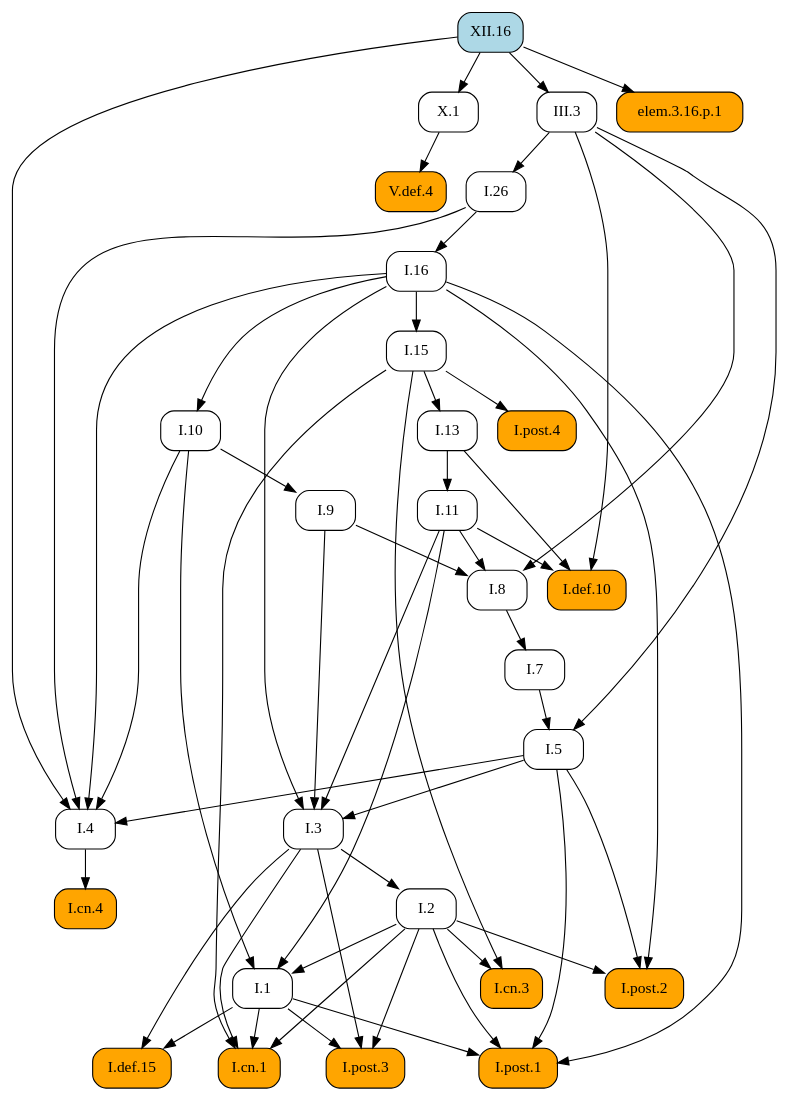
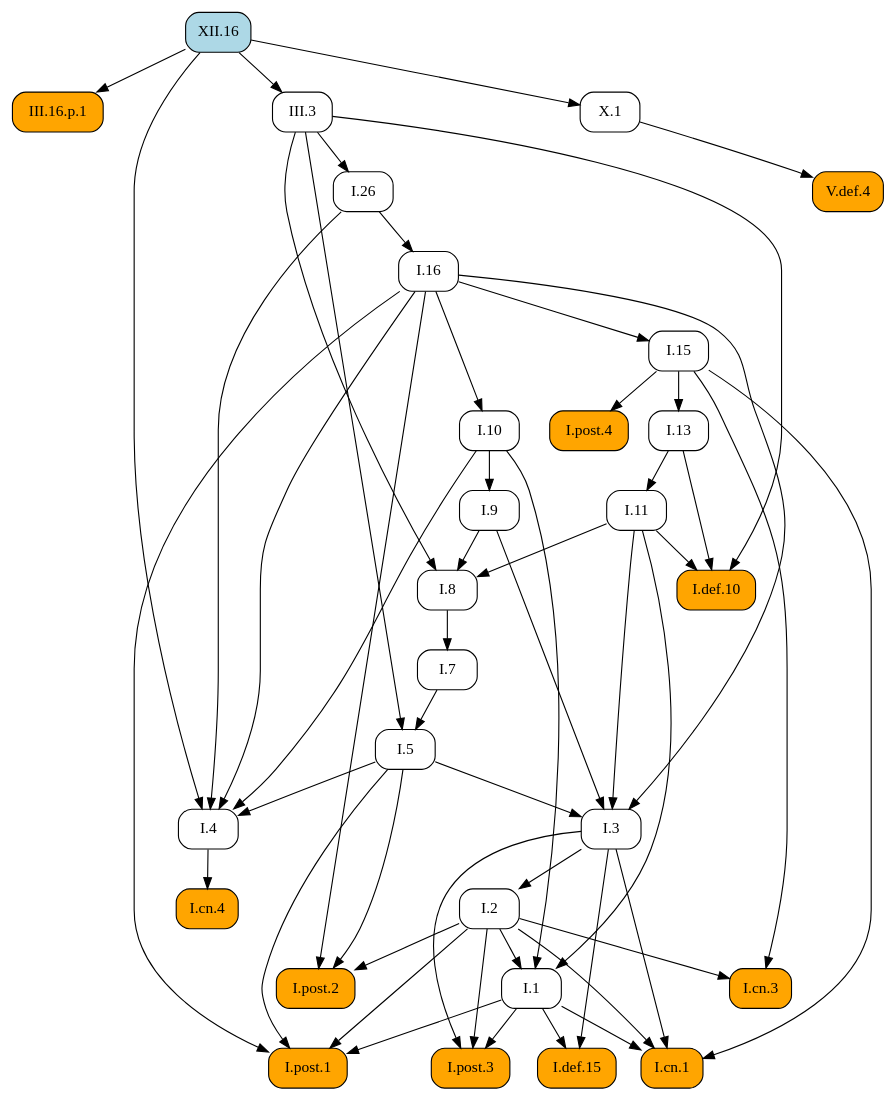
One commit to geometor/elements changed the diagram in docsrc/heath/XII/16/index.rst. Above: the diagram before and after it, drawn with Graphviz. The commit also changed other lines of this file and 484 other files, not shown here.

```diff
--- a/docsrc/heath/XII/16/index.rst
+++ b/docsrc/heath/XII/16/index.rst
@@ -37,85 +37,85 @@
    digraph {
      rankdir="TB";
      node [shape=box, style=rounded];
+     "I.9" [URL="/heath/I/9/", target="_top"];
+     "I.cn.1" [style="rounded,filled", fillcolor=orange, URL="/heath/I/cn.1/", target="_top"];
+     "III.16.p.1" [style="rounded,filled", fillcolor=orange];
+     "I.7" [URL="/heath/I/7/", target="_top"];
+     "I.2" [URL="/heath/I/2/", target="_top"];
+     "I.def.15" [style="rounded,filled", fillcolor=orange, URL="/heath/I/def.15/", target="_top"];
+     "XII.16" [style="rounded,filled", fillcolor=lightblue, URL="/heath/XII/16/", target="_top"];
+     "I.13" [URL="/heath/I/13/", target="_top"];
+     "I.post.4" [style="rounded,filled", fillcolor=orange, URL="/heath/I/post.4/", target="_top"];
+     "I.4" [URL="/heath/I/4/", target="_top"];
+     "I.1" [URL="/heath/I/1/", target="_top"];
+     "I.post.3" [style="rounded,filled", fillcolor=orange, URL="/heath/I/post.3/", target="_top"];
+     "I.post.1" [style="rounded,filled", fillcolor=orange, URL="/heath/I/post.1/", target="_top"];
+     "I.5" [URL="/heath/I/5/", target="_top"];
+     "I.8" [URL="/heath/I/8/", target="_top"];
+     "III.3" [URL="/heath/III/3/", target="_top"];
+     "I.cn.3" [style="rounded,filled", fillcolor=orange, URL="/heath/I/cn.3/", target="_top"];
+     "I.16" [URL="/heath/I/16/", target="_top"];
      "I.def.10" [style="rounded,filled", fillcolor=orange, URL="/heath/I/def.10/", target="_top"];
+     "I.15" [URL="/heath/I/15/", target="_top"];
+     "I.10" [URL="/heath/I/10/", target="_top"];
      "I.11" [URL="/heath/I/11/", target="_top"];
-     "I.post.4" [style="rounded,filled", fillcolor=orange, URL="/heath/I/post.4/", target="_top"];
-     "I.1" [URL="/heath/I/1/", target="_top"];
+     "X.1" [URL="/heath/X/1/", target="_top"];
+     "I.cn.4" [style="rounded,filled", fillcolor=orange, URL="/heath/I/cn.4/", target="_top"];
+     "I.post.2" [style="rounded,filled", fillcolor=orange, URL="/heath/I/post.2/", target="_top"];
      "I.26" [URL="/heath/I/26/", target="_top"];
-     "I.7" [URL="/heath/I/7/", target="_top"];
      "I.3" [URL="/heath/I/3/", target="_top"];
-     "I.2" [URL="/heath/I/2/", target="_top"];
-     "I.4" [URL="/heath/I/4/", target="_top"];
-     "XII.16" [style="rounded,filled", fillcolor=lightblue, URL="/heath/XII/16/", target="_top"];
-     "X.1" [URL="/heath/X/1/", target="_top"];
-     "I.13" [URL="/heath/I/13/", target="_top"];
-     "I.post.2" [style="rounded,filled", fillcolor=orange, URL="/heath/I/post.2/", target="_top"];
-     "I.16" [URL="/heath/I/16/", target="_top"];
-     "I.def.15" [style="rounded,filled", fillcolor=orange, URL="/heath/I/def.15/", target="_top"];
-     "I.9" [URL="/heath/I/9/", target="_top"];
-     "I.post.3" [style="rounded,filled", fillcolor=orange, URL="/heath/I/post.3/", target="_top"];
-     "III.3" [URL="/heath/III/3/", target="_top"];
-     "I.cn.1" [style="rounded,filled", fillcolor=orange, URL="/heath/I/cn.1/", target="_top"];
-     "I.cn.3" [style="rounded,filled", fillcolor=orange, URL="/heath/I/cn.3/", target="_top"];
-     "I.8" [URL="/heath/I/8/", target="_top"];
-     "I.cn.4" [style="rounded,filled", fillcolor=orange, URL="/heath/I/cn.4/", target="_top"];
      "V.def.4" [style="rounded,filled", fillcolor=orange, URL="/heath/V/def.4/", target="_top"];
-     "I.15" [URL="/heath/I/15/", target="_top"];
-     "elem.3.16.p.1" [style="rounded,filled", fillcolor=orange];
-     "I.post.1" [style="rounded,filled", fillcolor=orange, URL="/heath/I/post.1/", target="_top"];
-     "I.10" [URL="/heath/I/10/", target="_top"];
-     "I.5" [URL="/heath/I/5/", target="_top"];
-     "I.11" -> "I.def.10";
-     "I.13" -> "I.def.10";
-     "III.3" -> "I.def.10";
-     "I.13" -> "I.11";
+     "I.10" -> "I.9";
+     "I.1" -> "I.cn.1";
+     "I.2" -> "I.cn.1";
+     "I.3" -> "I.cn.1";
+     "I.15" -> "I.cn.1";
+     "XII.16" -> "III.16.p.1";
+     "I.8" -> "I.7";
+     "I.3" -> "I.2";
+     "I.1" -> "I.def.15";
+     "I.3" -> "I.def.15";
+     "I.15" -> "I.13";
      "I.15" -> "I.post.4";
-     "I.2" -> "I.1";
-     "I.10" -> "I.1";
-     "I.11" -> "I.1";
-     "III.3" -> "I.26";
-     "I.8" -> "I.7";
-     "I.5" -> "I.3";
-     "I.9" -> "I.3";
-     "I.11" -> "I.3";
-     "I.16" -> "I.3";
-     "I.3" -> "I.2";
      "I.5" -> "I.4";
      "I.10" -> "I.4";
      "I.16" -> "I.4";
      "I.26" -> "I.4";
      "XII.16" -> "I.4";
-     "XII.16" -> "X.1";
-     "I.15" -> "I.13";
-     "I.2" -> "I.post.2";
-     "I.5" -> "I.post.2";
-     "I.16" -> "I.post.2";
-     "I.26" -> "I.16";
-     "I.1" -> "I.def.15";
-     "I.3" -> "I.def.15";
-     "I.10" -> "I.9";
+     "I.2" -> "I.1";
+     "I.10" -> "I.1";
+     "I.11" -> "I.1";
      "I.1" -> "I.post.3";
      "I.2" -> "I.post.3";
      "I.3" -> "I.post.3";
-     "XII.16" -> "III.3";
-     "I.1" -> "I.cn.1";
-     "I.2" -> "I.cn.1";
-     "I.3" -> "I.cn.1";
-     "I.15" -> "I.cn.1";
-     "I.2" -> "I.cn.3";
-     "I.15" -> "I.cn.3";
-     "I.9" -> "I.8";
-     "I.11" -> "I.8";
-     "III.3" -> "I.8";
-     "I.4" -> "I.cn.4";
-     "X.1" -> "V.def.4";
-     "I.16" -> "I.15";
-     "XII.16" -> "elem.3.16.p.1";
      "I.1" -> "I.post.1";
      "I.2" -> "I.post.1";
      "I.5" -> "I.post.1";
      "I.16" -> "I.post.1";
-     "I.16" -> "I.10";
      "I.7" -> "I.5";
      "III.3" -> "I.5";
+     "I.9" -> "I.8";
+     "I.11" -> "I.8";
+     "III.3" -> "I.8";
+     "XII.16" -> "III.3";
+     "I.2" -> "I.cn.3";
+     "I.15" -> "I.cn.3";
+     "I.26" -> "I.16";
+     "I.11" -> "I.def.10";
+     "I.13" -> "I.def.10";
+     "III.3" -> "I.def.10";
+     "I.16" -> "I.15";
+     "I.16" -> "I.10";
+     "I.13" -> "I.11";
+     "XII.16" -> "X.1";
+     "I.4" -> "I.cn.4";
+     "I.2" -> "I.post.2";
+     "I.5" -> "I.post.2";
+     "I.16" -> "I.post.2";
+     "III.3" -> "I.26";
+     "I.5" -> "I.3";
+     "I.9" -> "I.3";
+     "I.11" -> "I.3";
+     "I.16" -> "I.3";
+     "X.1" -> "V.def.4";
    }
```
